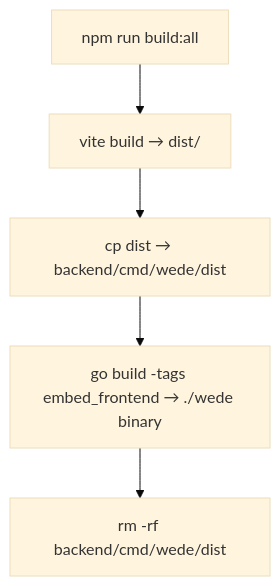
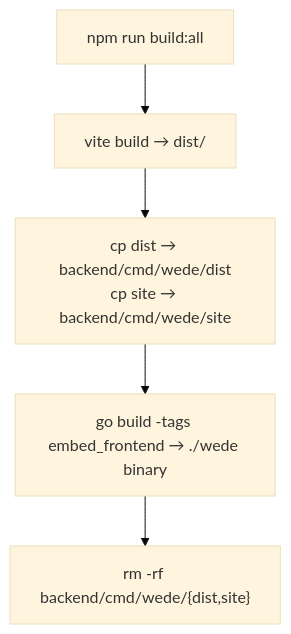
The second of 2 diagrams in docs/ARCHITECTURE.md (vul-os/wede), drawn with Mermaid (base theme) before and after one commit. The commit also changed other lines of this file and 32 other files, not shown here.

````diff
--- a/docs/ARCHITECTURE.md
+++ b/docs/ARCHITECTURE.md
@@ -146,9 +259,9 @@
 ```mermaid
 flowchart TD
     Start["npm run build:all"]
     A["vite build → dist/"]
-    B["cp dist → backend/cmd/wede/dist"]
+    B["cp dist → backend/cmd/wede/dist<br/>cp site → backend/cmd/wede/site"]
     C["go build -tags embed_frontend → ./wede binary"]
-    D["rm -rf backend/cmd/wede/dist"]
+    D["rm -rf backend/cmd/wede/{dist,site}"]
     Start --> A --> B --> C --> D
 ```
````
